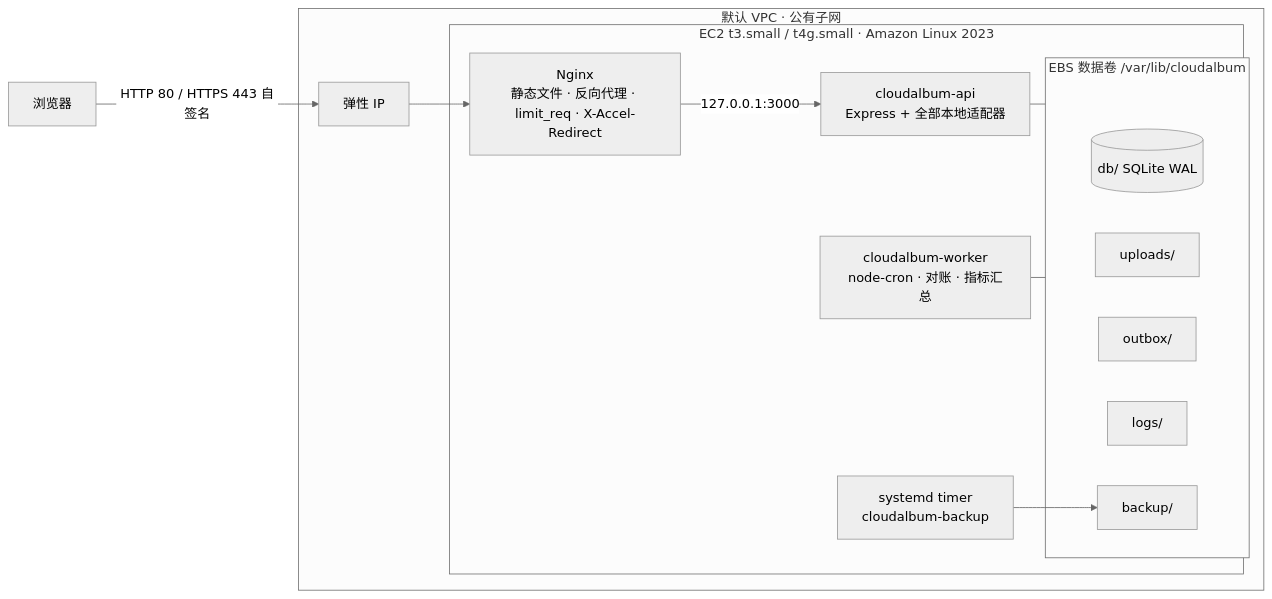
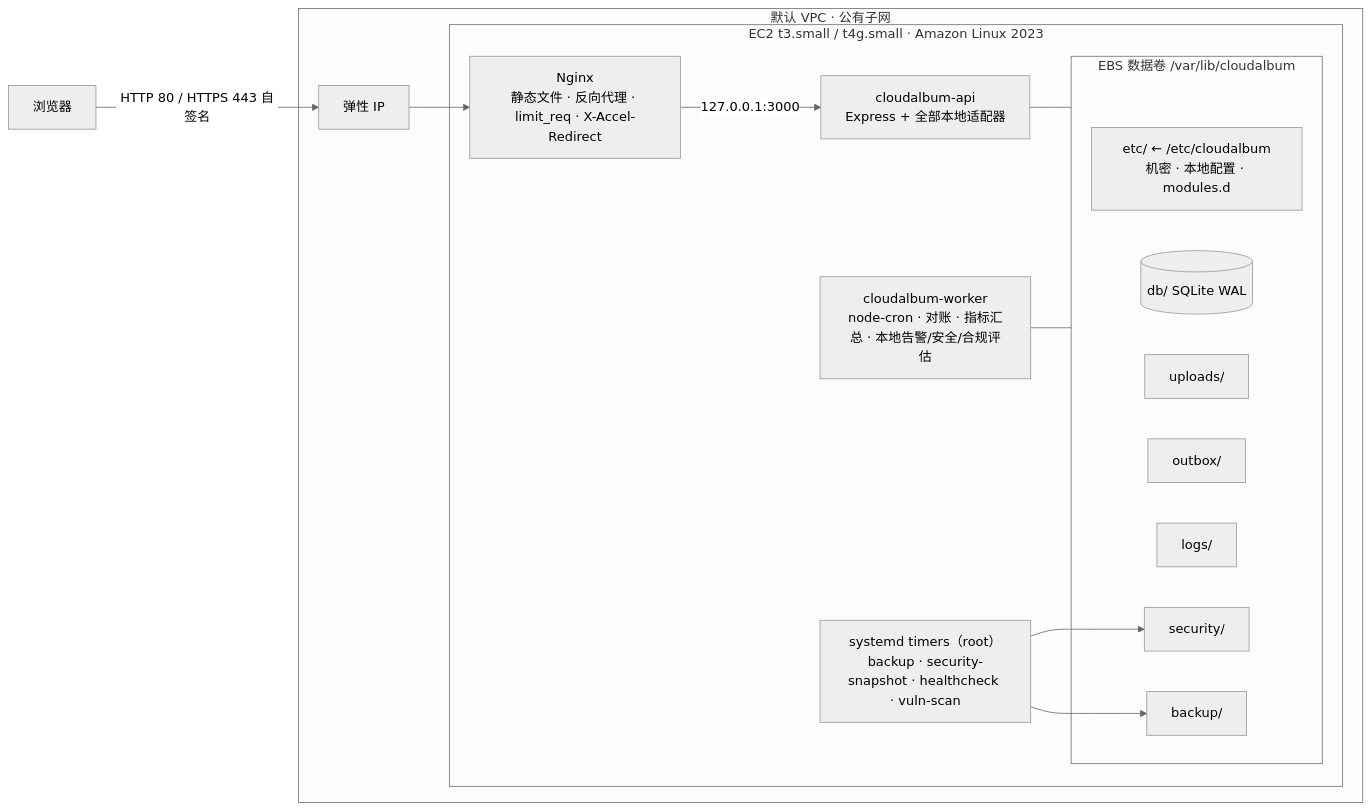
Before and after one commit to anc-repository/aws_training: the first of 4 diagrams in docs/modular-design.md, drawn with Mermaid (neutral theme). The commit also changed other lines of this file and 12 other files, not shown here.

````diff
--- a/docs/modular-design.md
+++ b/docs/modular-design.md
@@ -53,22 +77,25 @@
 ```mermaid
 flowchart LR
     U[浏览器] -->|HTTP 80 / HTTPS 443 自签名| EIP[弹性 IP]
     subgraph DVPC [默认 VPC · 公有子网]
       EIP --> NG
       subgraph EC2 [EC2 t3.small / t4g.small · Amazon Linux 2023]
         NG[Nginx<br/>静态文件 · 反向代理 · limit_req · X-Accel-Redirect]
         NG -->|127.0.0.1:3000| API[cloudalbum-api<br/>Express + 全部本地适配器]
-        W[cloudalbum-worker<br/>node-cron · 对账 · 指标汇总]
+        W[cloudalbum-worker<br/>node-cron · 对账 · 指标汇总 · 本地告警/安全/合规评估]
         API --- DATA
         W --- DATA
         subgraph DATA [EBS 数据卷 /var/lib/cloudalbum]
+          ETC[etc/ ← /etc/cloudalbum<br/>机密 · 本地配置 · modules.d]
           DB[(db/ SQLite WAL)]
           UP[uploads/]
           OB[outbox/]
           LG[logs/]
+          SEC[security/]
           BK[backup/]
         end
-        T[systemd timer<br/>cloudalbum-backup] --> BK
+        T[systemd timers（root）<br/>backup · security-snapshot · healthcheck · vuln-scan] --> BK
+        T --> SEC
       end
     end
 ```
````
